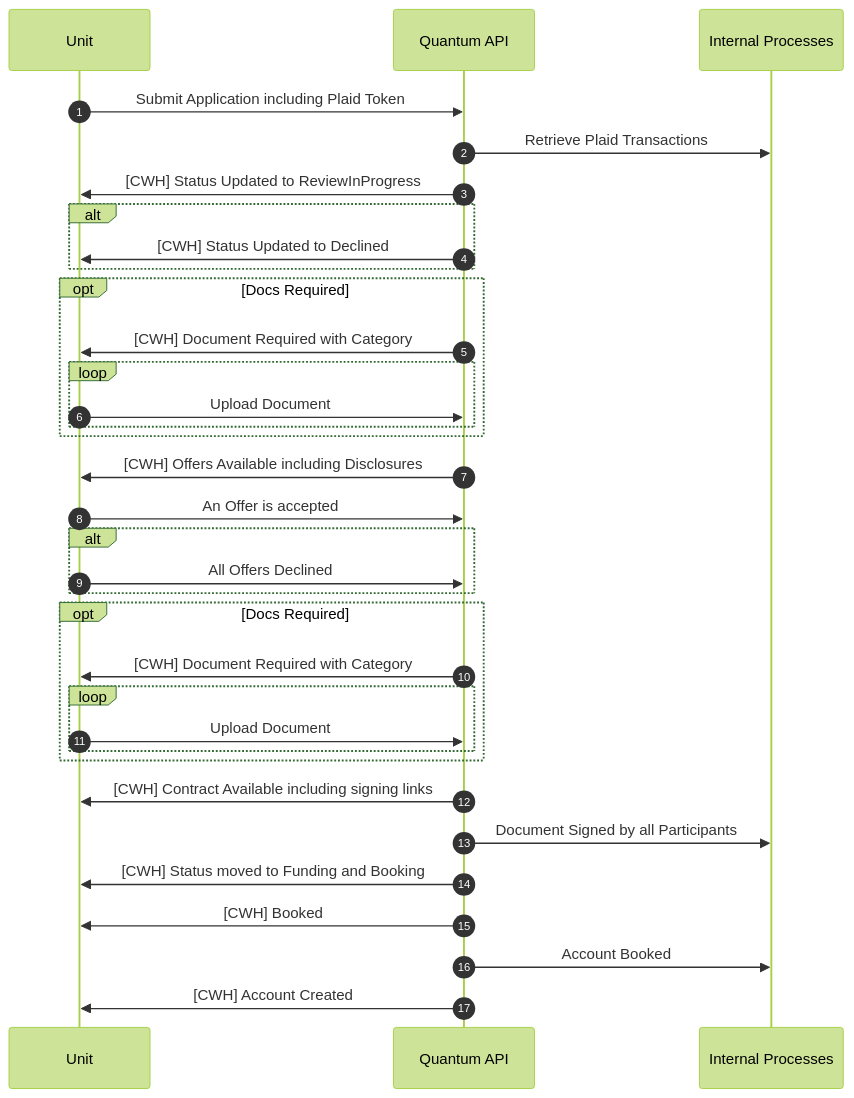
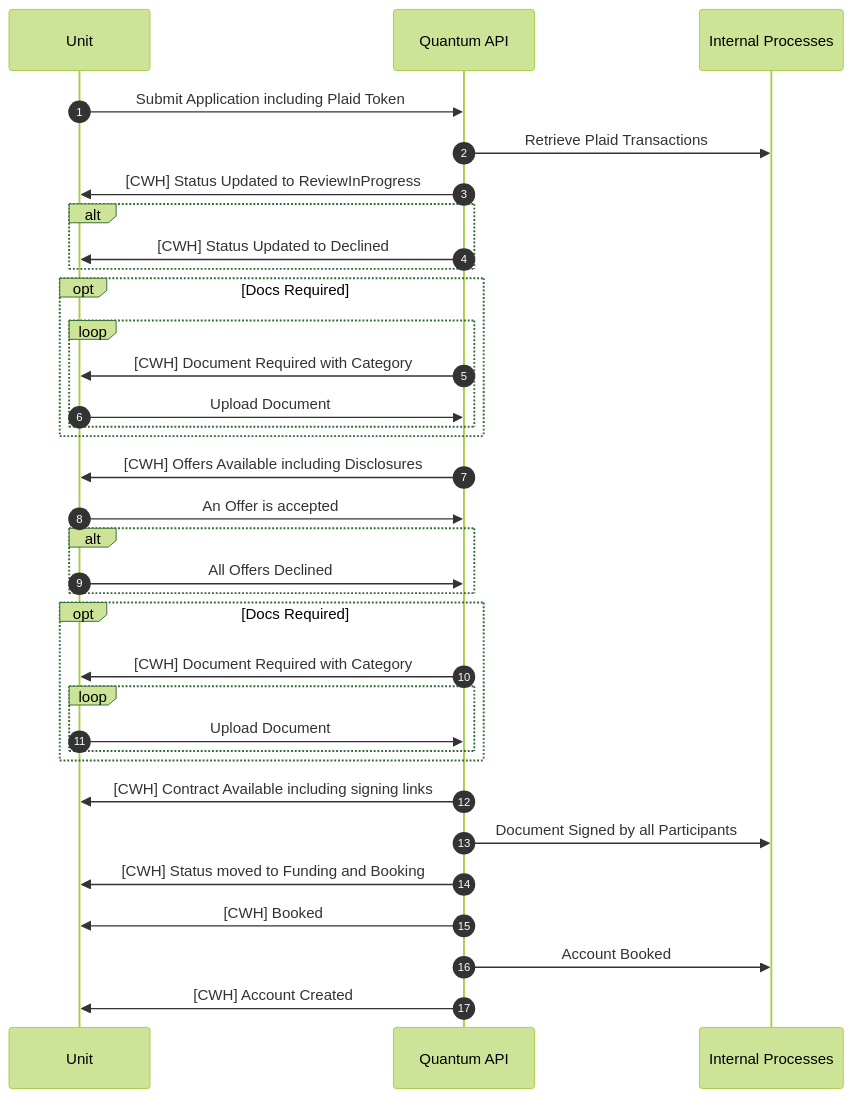
The diagram in Unit_Orginations.md (quantum-jsp/sequence-diagrams-public), drawn with Mermaid (forest theme) before and after one commit.

Commit message:
Small update

````diff
--- a/Unit_Orginations.md
+++ b/Unit_Orginations.md
@@ -1,39 +1,39 @@
 ```mermaid
 sequenceDiagram
     participant Unit
     participant Quantum API
     participant Internal Processes
     
     autonumber
 
     Unit ->> Quantum API: Submit Application including Plaid Token
     Quantum API ->> Internal Processes: Retrieve Plaid Transactions
     Quantum API ->> Unit: [CWH] Status Updated to ReviewInProgress
     alt 
         Quantum API ->> Unit: [CWH] Status Updated to Declined
     end 
     opt Docs Required
-        Quantum API ->> Unit: [CWH] Document Required with Category
         loop
+            Quantum API ->> Unit: [CWH] Document Required with Category
             Unit ->> Quantum API: Upload Document
         end
     end
     Quantum API ->> Unit: [CWH] Offers Available including Disclosures
     Unit ->> Quantum API: An Offer is accepted
     alt
         Unit ->> Quantum API: All Offers Declined
     end
     opt Docs Required
         Quantum API ->> Unit: [CWH] Document Required with Category
         loop
             Unit ->> Quantum API: Upload Document
         end
     end
     Quantum API ->> Unit: [CWH] Contract Available including signing links
     Quantum API ->> Internal Processes: Document Signed by all Participants
     Quantum API ->> Unit: [CWH] Status moved to Funding and Booking
     Quantum API ->> Unit: [CWH] Booked
     Quantum API ->> Internal Processes: Account Booked
     Quantum API ->> Unit: [CWH] Account Created
     
 ```
````
